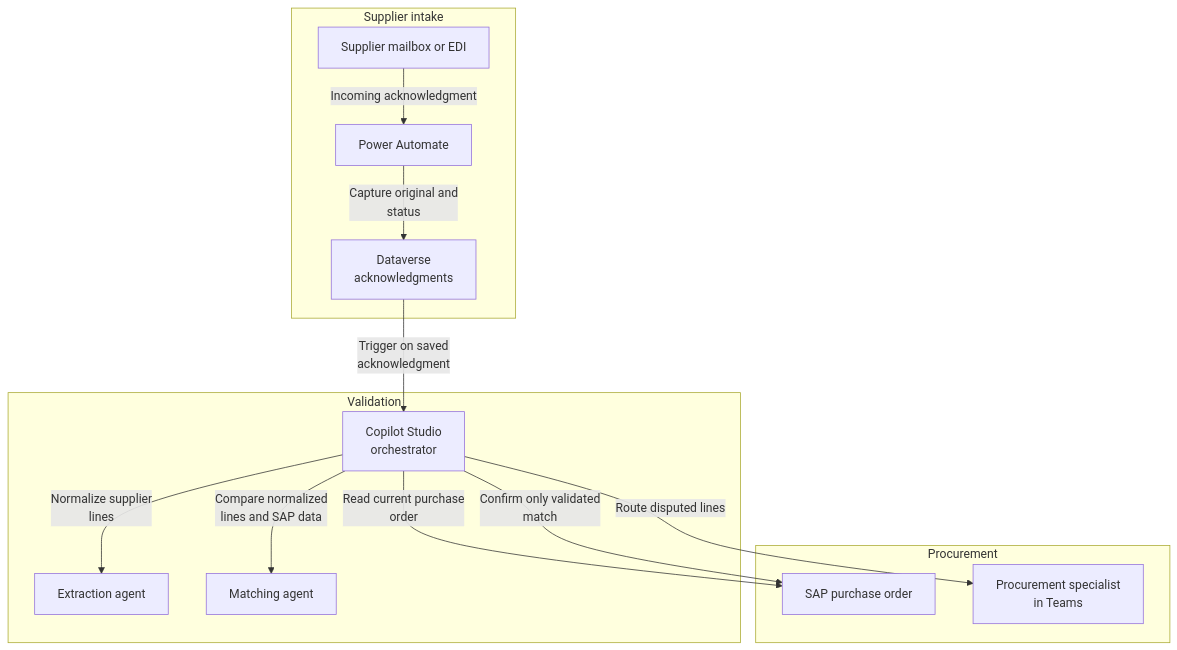
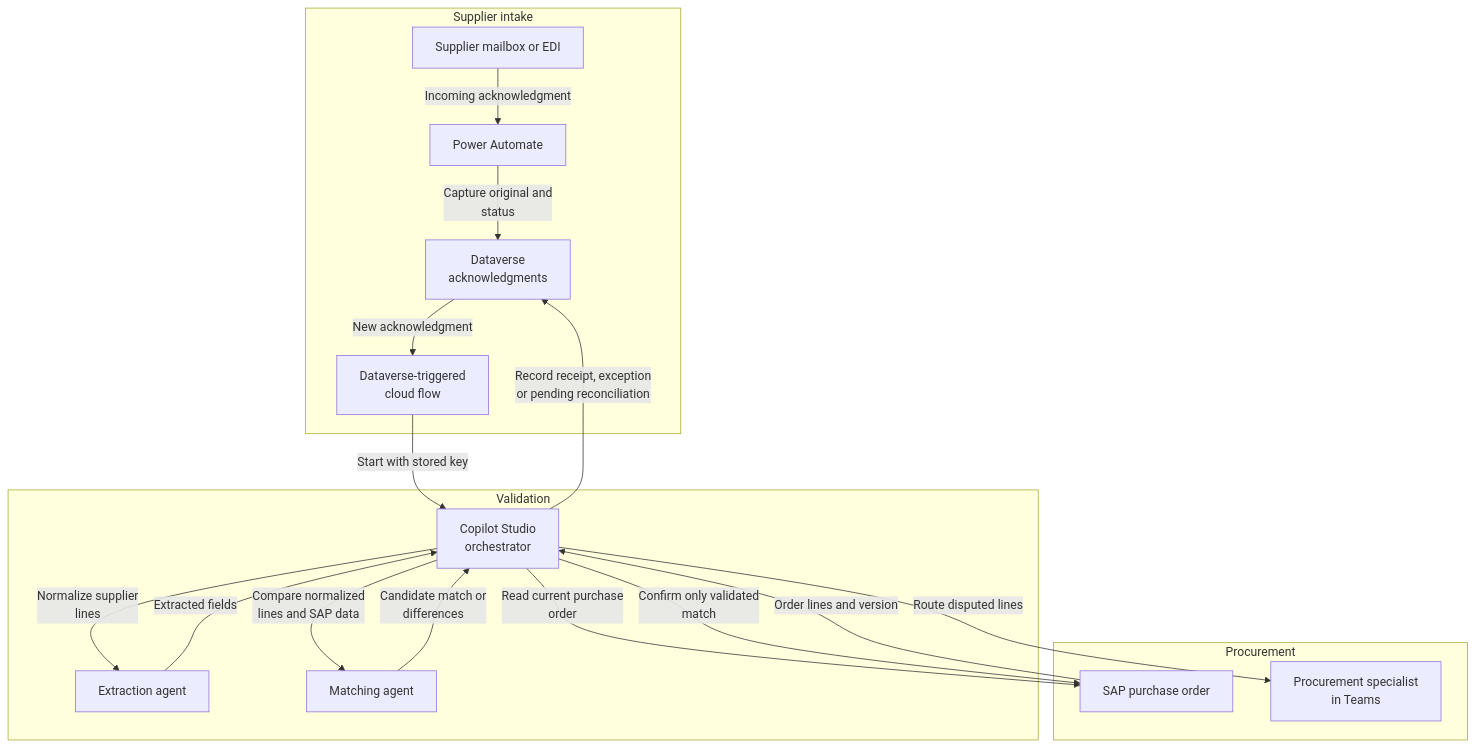
Before and after one commit to abhishek-ai-enabler/copilotstudio-architecture-patterns: the first of 2 diagrams in reference-architectures/sap-order-acknowledgments.md, drawn with Mermaid. The commit also changed other lines of this file and 21 other files, not shown here.

````diff
--- a/reference-architectures/sap-order-acknowledgments.md
+++ b/reference-architectures/sap-order-acknowledgments.md
@@ -7,27 +7,33 @@
 ```mermaid
 flowchart TB
     accTitle: Match supplier acknowledgments to SAP purchase orders - architecture
     accDescr: Agree the tolerance rules and which SAP operation can run unattended. A supplier document or an extraction result must never authorize its own exception.
     subgraph group0["Supplier intake"]
         S["Supplier mailbox or EDI"]
         F["Power Automate"]
         D["Dataverse<br/>acknowledgments"]
+        T["Dataverse-triggered<br/>cloud flow"]
     end
     subgraph group3["Validation"]
         A["Copilot Studio<br/>orchestrator"]
         E["Extraction agent"]
         M["Matching agent"]
     end
     subgraph group6["Procurement"]
         P["SAP purchase order"]
         H["Procurement specialist<br/>in Teams"]
     end
     S -->|"Incoming acknowledgment"| F
     F -->|"Capture original and<br/>status"| D
-    D -->|"Trigger on saved<br/>acknowledgment"| A
+    D -->|"New acknowledgment"| T
+    T -->|"Start with stored key"| A
     A -->|"Normalize supplier<br/>lines"| E
+    E -->|"Extracted fields"| A
     A -->|"Read current purchase<br/>order"| P
+    P -->|"Order lines and version"| A
     A -->|"Compare normalized<br/>lines and SAP data"| M
+    M -->|"Candidate match or<br/>differences"| A
     A -->|"Confirm only validated<br/>match"| P
     A -->|"Route disputed lines"| H
+    A -->|"Record receipt, exception<br/>or pending reconciliation"| D
 ```
````
